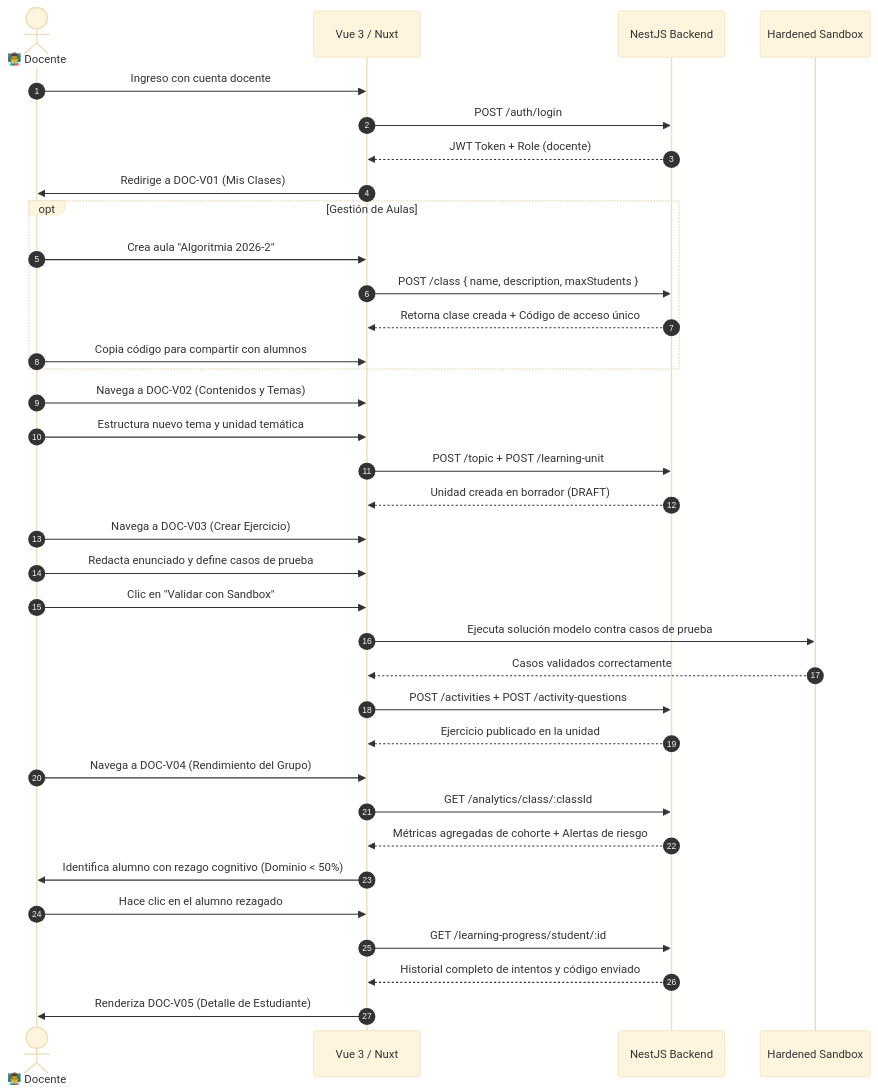
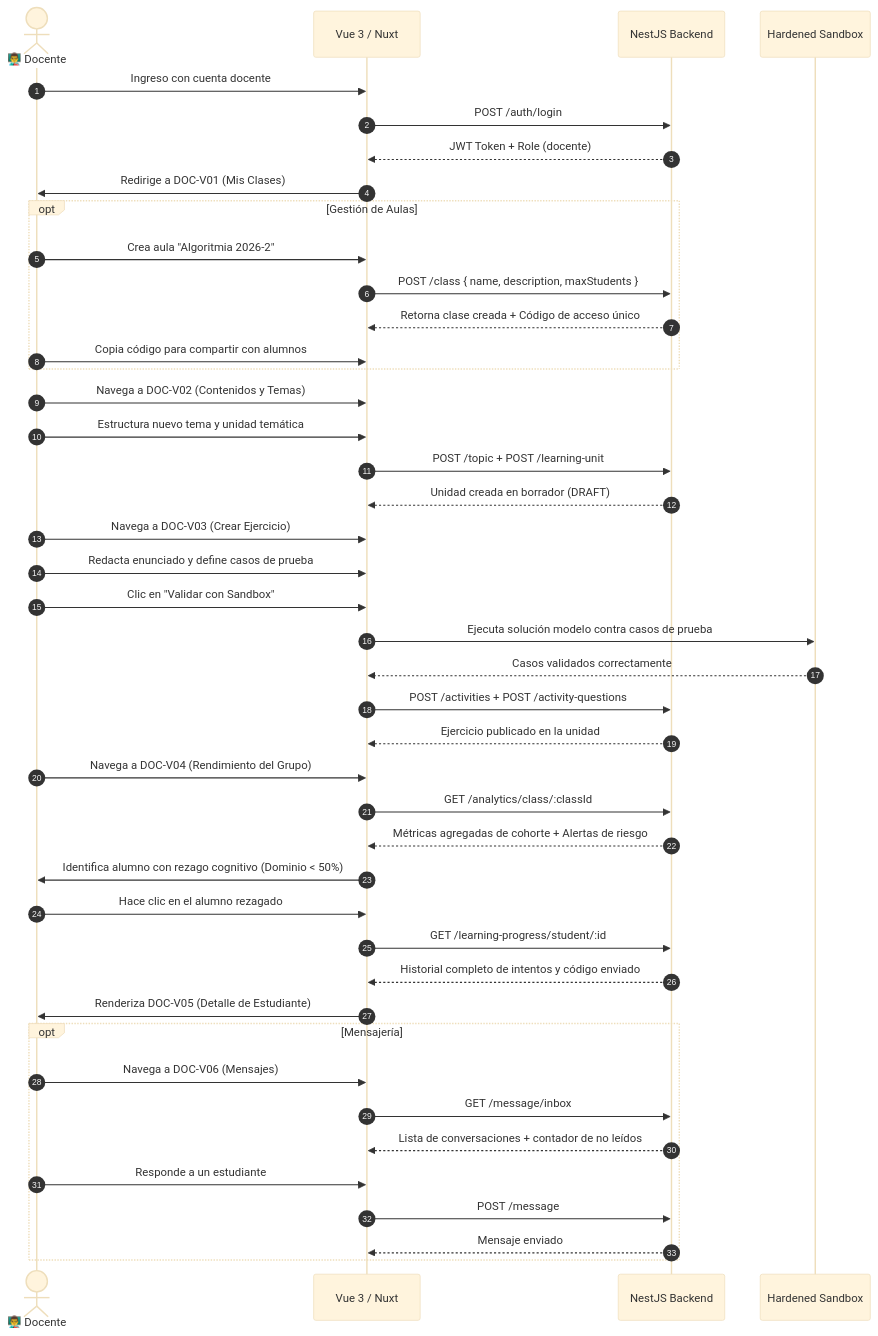
The diagram in docs/modesec/usuarios/docente/README.md (Jeider-Gomez/Stire-Soft), drawn with Mermaid (base theme) before and after one commit. The commit also changed other lines of this file and 7 other files, not shown here.

````diff
--- a/docs/modesec/usuarios/docente/README.md
+++ b/docs/modesec/usuarios/docente/README.md
@@ -30,43 +30,52 @@
 ```mermaid
 sequenceDiagram
     autonumber
     actor D as 👨‍🏫 Docente
     participant UI as Vue 3 / Nuxt
     participant API as NestJS Backend
     participant SBX as Hardened Sandbox
 
     D->>UI: Ingreso con cuenta docente
     UI->>API: POST /auth/login
     API-->>UI: JWT Token + Role (docente)
     UI->>D: Redirige a DOC-V01 (Mis Clases)
 
     opt Gestión de Aulas
         D->>UI: Crea aula "Algoritmia 2026-2"
         UI->>API: POST /class { name, description, maxStudents }
         API-->>UI: Retorna clase creada + Código de acceso único
         D->>UI: Copia código para compartir con alumnos
     end
 
     D->>UI: Navega a DOC-V02 (Contenidos y Temas)
     D->>UI: Estructura nuevo tema y unidad temática
     UI->>API: POST /topic + POST /learning-unit
     API-->>UI: Unidad creada en borrador (DRAFT)
 
     D->>UI: Navega a DOC-V03 (Crear Ejercicio)
     D->>UI: Redacta enunciado y define casos de prueba
     D->>UI: Clic en "Validar con Sandbox"
     UI->>SBX: Ejecuta solución modelo contra casos de prueba
     SBX-->>UI: Casos validados correctamente
     UI->>API: POST /activities + POST /activity-questions
     API-->>UI: Ejercicio publicado en la unidad
 
     D->>UI: Navega a DOC-V04 (Rendimiento del Grupo)
     UI->>API: GET /analytics/class/:classId
     API-->>UI: Métricas agregadas de cohorte + Alertas de riesgo
     UI->>D: Identifica alumno con rezago cognitivo (Dominio < 50%)
 
     D->>UI: Hace clic en el alumno rezagado
     UI->>API: GET /learning-progress/student/:id
     API-->>UI: Historial completo de intentos y código enviado
     UI->>D: Renderiza DOC-V05 (Detalle de Estudiante)
+
+    opt Mensajería
+        D->>UI: Navega a DOC-V06 (Mensajes)
+        UI->>API: GET /message/inbox
+        API-->>UI: Lista de conversaciones + contador de no leídos
+        D->>UI: Responde a un estudiante
+        UI->>API: POST /message
+        API-->>UI: Mensaje enviado
+    end
 ```
````
